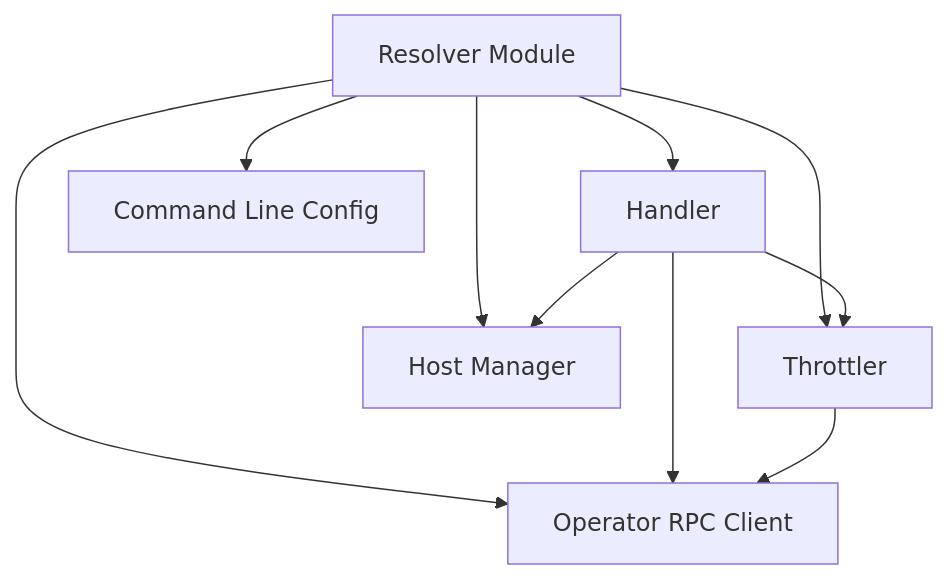
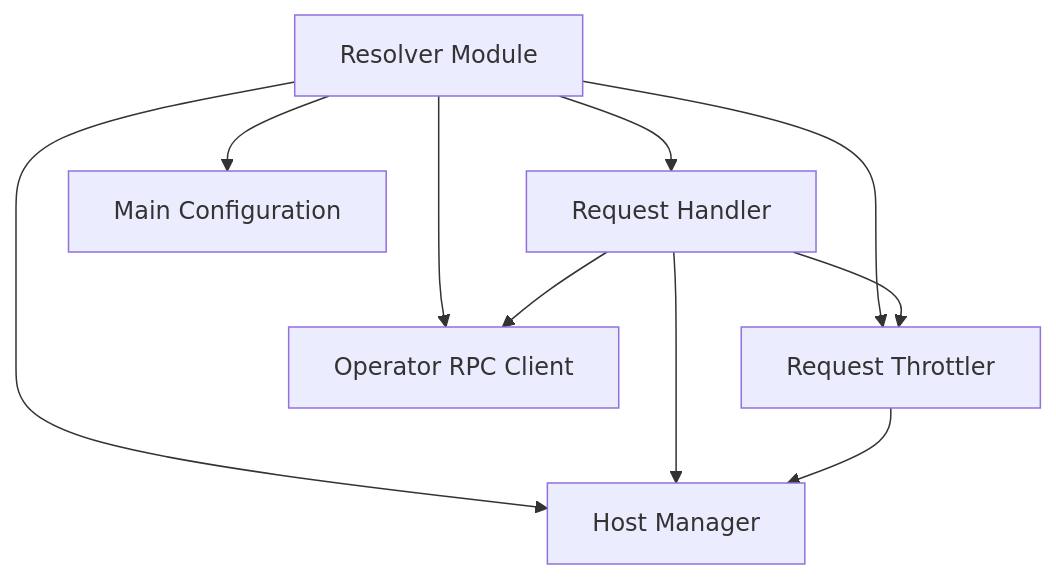
The diagram in demo/repos/KubeElasti/resolver.md (ShreyasPatel031/CodeWiki), drawn with Mermaid before and after one commit. The commit also changed other lines of this file and 23 other files, not shown here.

````diff
--- a/demo/repos/KubeElasti/resolver.md
+++ b/demo/repos/KubeElasti/resolver.md
@@ -11,27 +8,27 @@
 ```mermaid
 graph TD
     resolver[Resolver Module]
-    throttler[Throttler]
-    handler[Handler]
-    operator[Operator RPC Client]
-    hostmanager[Host Manager]
-    cmd[Command Line Config]
+    handler[Request Handler]
+    throttler[Request Throttler]
+    operator_client[Operator RPC Client]
+    host_manager[Host Manager]
+    main_config[Main Configuration]
 
     resolver --> handler
     resolver --> throttler
-    resolver --> operator
-    resolver --> hostmanager
-    resolver --> cmd
+    resolver --> operator_client
+    resolver --> host_manager
+    resolver --> main_config
 
     handler --> throttler
-    handler --> hostmanager
-    handler --> operator
+    handler --> operator_client
+    handler --> host_manager
 
-    throttler --> operator
+    throttler --> host_manager
 
-    click throttler "throttler.md" "View Throttler Module"
-    click handler "handler.md" "View Handler Module"
-    click operator "operator_rpc_client.md" "View Operator RPC Client Module"
-    click hostmanager "hostmanager.md" "View Host Manager Module"
-    click cmd "cmd_config.md" "View Command Line Config"
+    click handler "handler.md" "View Request Handler Documentation"
+    click throttler "throttler.md" "View Request Throttler Documentation"
+    click operator_client "operator_client.md" "View Operator RPC Client Documentation"
+    click host_manager "host_manager.md" "View Host Manager Documentation"
+    click main_config "main_config.md" "View Main Configuration Documentation"
 ```
````
